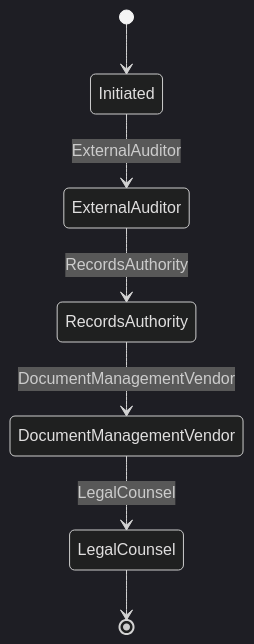
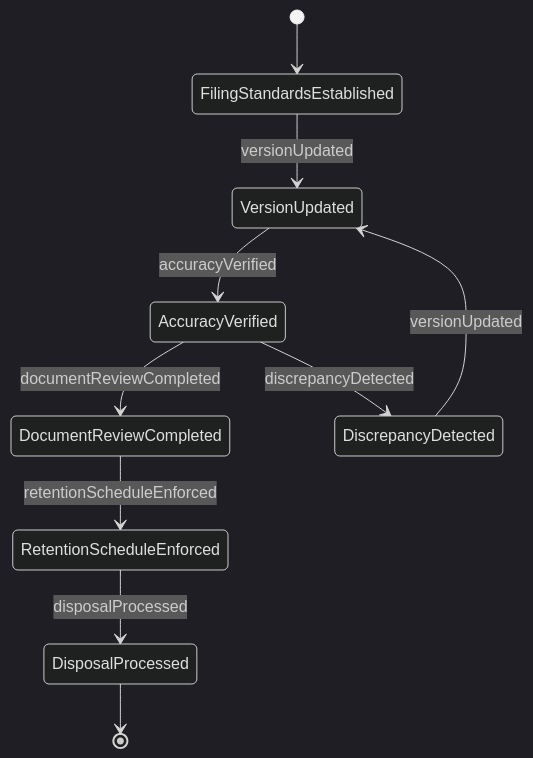
The second of 4 diagrams in GuidingDirectingAndMotivatingSubordinates/CoordinateRegulatoryComplianceActivities/ManageDocumentationEnsureOrganizationAccuracy.mdx (dot-org-ai/tasks.org.ai), drawn with Mermaid (dark theme) before and after one commit. The commit also changed other lines of this file and 515 other files, not shown here.

````diff
--- a/GuidingDirectingAndMotivatingSubordinates/CoordinateRegulatoryComplianceActivities/ManageDocumentationEnsureOrganizationAccuracy.mdx
+++ b/GuidingDirectingAndMotivatingSubordinates/CoordinateRegulatoryComplianceActivities/ManageDocumentationEnsureOrganizationAccuracy.mdx
@@ -102,9 +102,12 @@
 ```mermaid
 stateDiagram-v2
-    [*] --> Initiated
-    Initiated --> ExternalAuditor: ExternalAuditor
-    ExternalAuditor --> RecordsAuthority: RecordsAuthority
-    RecordsAuthority --> DocumentManagementVendor: DocumentManagementVendor
-    DocumentManagementVendor --> LegalCounsel: LegalCounsel
-    LegalCounsel --> [*]
+    [*] --> FilingStandardsEstablished
+    FilingStandardsEstablished --> VersionUpdated : versionUpdated
+    VersionUpdated --> AccuracyVerified : accuracyVerified
+    AccuracyVerified --> DocumentReviewCompleted : documentReviewCompleted
+    DocumentReviewCompleted --> RetentionScheduleEnforced : retentionScheduleEnforced
+    RetentionScheduleEnforced --> DisposalProcessed : disposalProcessed
+    AccuracyVerified --> DiscrepancyDetected : discrepancyDetected
+    DiscrepancyDetected --> VersionUpdated : versionUpdated
+    DisposalProcessed --> [*]
 ```
````
